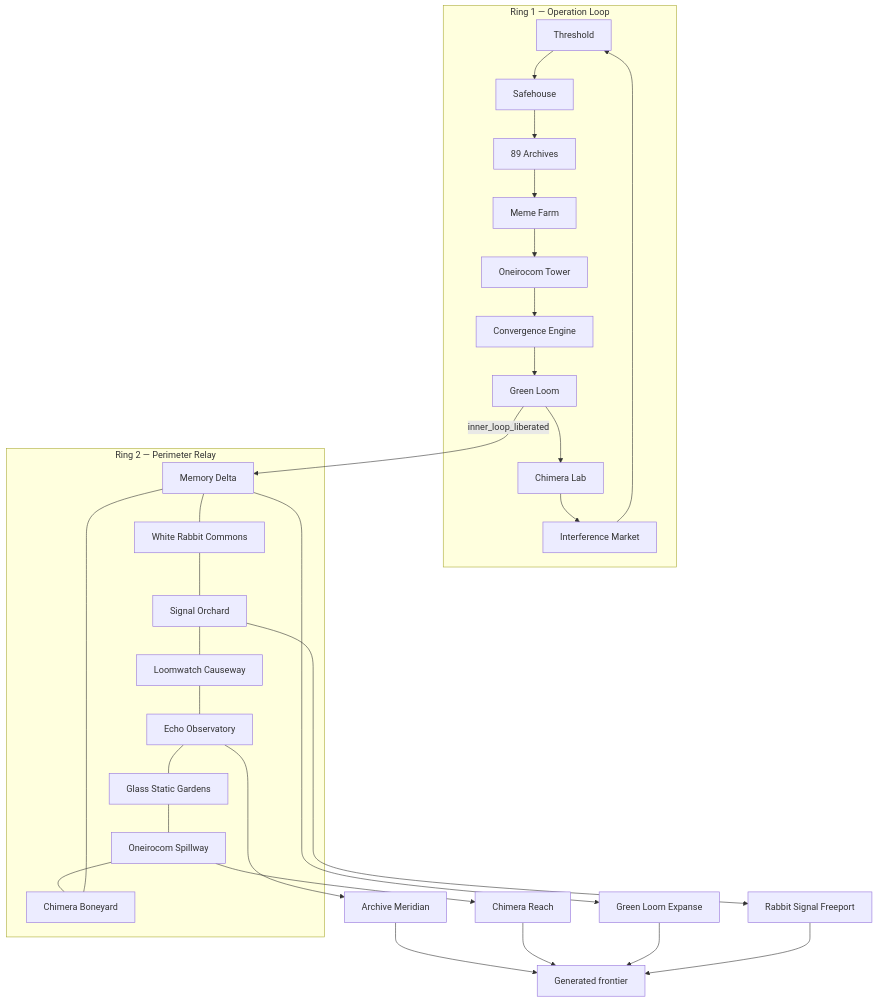
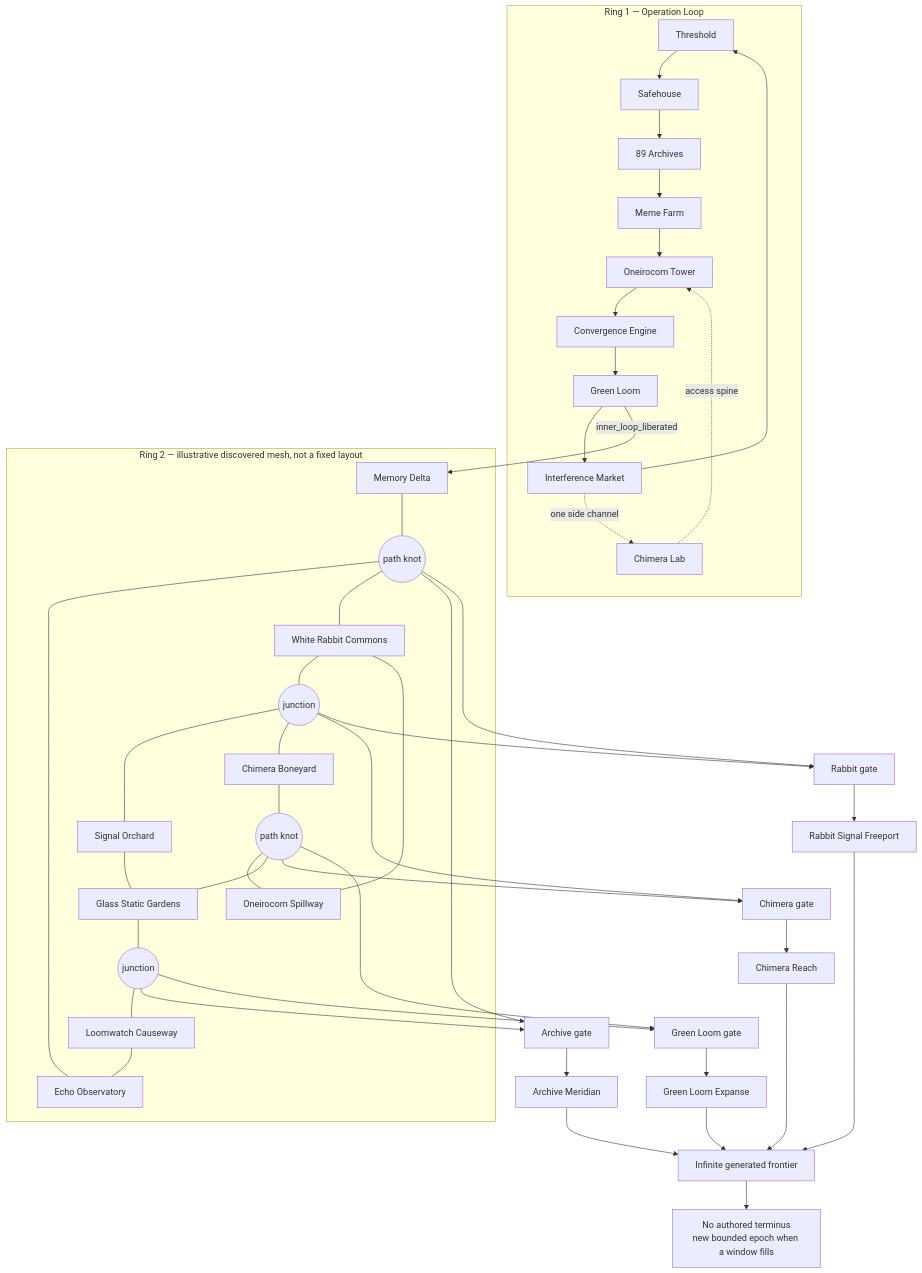
The seventh of 8 diagrams in docs/worldpacks/project-89-content-review.md (cenetex/cosyworld), drawn with Mermaid before and after one commit. The commit also changed other lines of this file and 3 other files, not shown here.

````diff
--- a/docs/worldpacks/project-89-content-review.md
+++ b/docs/worldpacks/project-89-content-review.md
@@ -307,28 +307,43 @@
 ```mermaid
 flowchart TB
   subgraph R1["Ring 1 — Operation Loop"]
-    T["Threshold"] --> S["Safehouse"] --> A["89 Archives"]
-    A --> M["Meme Farm"] --> O["Oneirocom Tower"]
-    O --> C["Convergence Engine"] --> G["Green Loom"]
-    G --> H["Chimera Lab"] --> I["Interference Market"] --> T
+    T["Threshold"] --> S["Safehouse"] --> A["89 Archives"] --> M["Meme Farm"]
+    M --> O["Oneirocom Tower"] --> C["Convergence Engine"]
+    C --> G["Green Loom"] --> I["Interference Market"] --> T
+    I -. "one side channel" .-> H["Chimera Lab"] -. "access spine" .-> O
   end
   G -->|"inner_loop_liberated"| D["Memory Delta"]
-  subgraph R2["Ring 2 — Perimeter Relay"]
-    EO["Echo Observatory"] --- GS["Glass Static Gardens"]
-    GS --- OS["Oneirocom Spillway"]
-    OS --- CB["Chimera Boneyard"]
-    CB --- D
-    D --- WR["White Rabbit Commons"]
-    WR --- SO["Signal Orchard"]
-    SO --- LC["Loomwatch Causeway"]
+  subgraph R2["Ring 2 — illustrative discovered mesh, not a fixed layout"]
+    D --- W1(("path knot"))
+    W1 --- EO["Echo Observatory"]
+    W1 --- WR["White Rabbit Commons"]
+    WR --- W2(("junction"))
+    W2 --- SO["Signal Orchard"]
+    W2 --- CB["Chimera Boneyard"]
+    CB --- W3(("path knot"))
+    W3 --- OS["Oneirocom Spillway"]
+    W3 --- GS["Glass Static Gardens"]
+    GS --- W4(("junction"))
+    W4 --- LC["Loomwatch Causeway"]
     LC --- EO
+    SO --- GS
+    WR --- OS
   end
-  EO --> AM["Archive Meridian"]
-  OS --> CR["Chimera Reach"]
-  D --> GE["Green Loom Expanse"]
-  SO --> RF["Rabbit Signal Freeport"]
-  AM --> F["Generated frontier"]
+  W1 --> GA["Archive gate"]
+  W4 --> GA
+  W2 --> GC["Chimera gate"]
+  W3 --> GC
+  W3 --> GG["Green Loom gate"]
+  W4 --> GG
+  W1 --> GR["Rabbit gate"]
+  W2 --> GR
+  GA --> AM["Archive Meridian"]
+  GC --> CR["Chimera Reach"]
+  GG --> GE["Green Loom Expanse"]
+  GR --> RF["Rabbit Signal Freeport"]
+  AM --> F["Infinite generated frontier"]
   CR --> F
   GE --> F
   RF --> F
+  F --> N["No authored terminus<br/>new bounded epoch when a window fills"]
 ```
````
